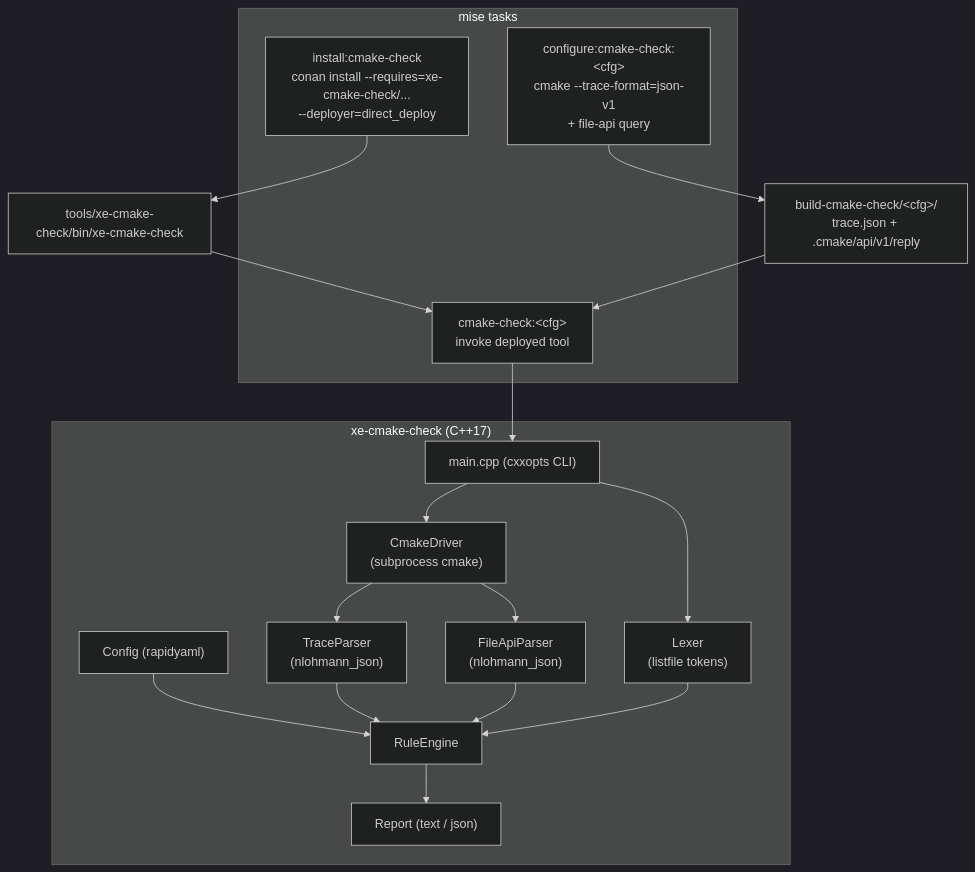
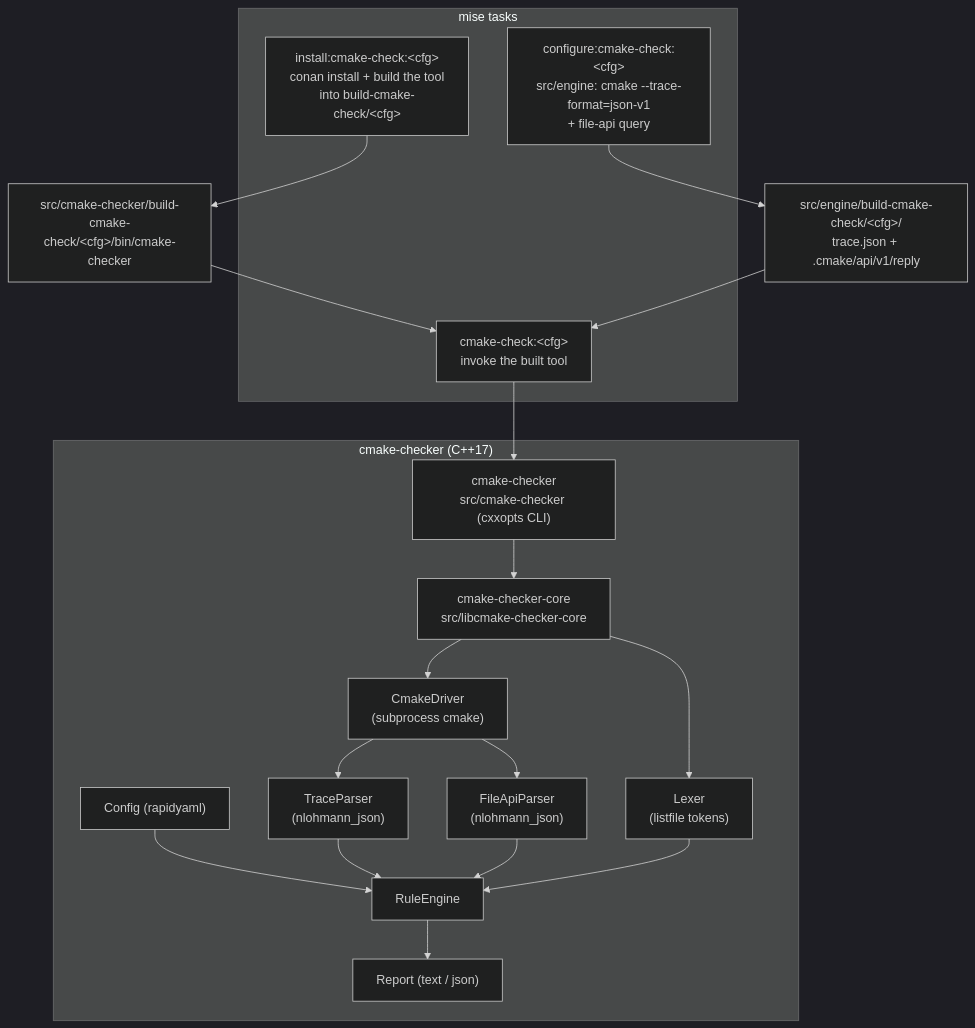
Before and after one commit to XenoideSoftware/Xenoide: the diagram in docs/plans/CMAKE_STYLE_CHECKER_PLAN.md, drawn with Mermaid (dark theme). The commit also changed other lines of this file, not shown here.

````diff
--- a/docs/plans/CMAKE_STYLE_CHECKER_PLAN.md
+++ b/docs/plans/CMAKE_STYLE_CHECKER_PLAN.md
@@ -76,34 +71,36 @@
 ```mermaid
 flowchart TB
     subgraph mise ["mise tasks"]
-        IC["install:cmake-check<br/>conan install --requires=xe-cmake-check/...<br/>--deployer=direct_deploy"]
-        CC["configure:cmake-check:&lt;cfg&gt;<br/>cmake --trace-format=json-v1<br/>+ file-api query"]
-        CK["cmake-check:&lt;cfg&gt;<br/>invoke deployed tool"]
+        IC["install:cmake-check:&lt;cfg&gt;<br/>conan install + build the tool<br/>into build-cmake-check/&lt;cfg&gt;"]
+        CC["configure:cmake-check:&lt;cfg&gt;<br/>src/engine: cmake --trace-format=json-v1<br/>+ file-api query"]
+        CK["cmake-check:&lt;cfg&gt;<br/>invoke the built tool"]
     end
 
-    subgraph tool ["xe-cmake-check (C++17)"]
-        CLI["main.cpp (cxxopts CLI)"]
+    subgraph tool ["cmake-checker (C++17)"]
+        CLI["cmake-checker<br/>src/cmake-checker (cxxopts CLI)"]
+        CORE["cmake-checker-core<br/>src/libcmake-checker-core"]
         DRV["CmakeDriver<br/>(subprocess cmake)"]
         TR["TraceParser<br/>(nlohmann_json)"]
         FA["FileApiParser<br/>(nlohmann_json)"]
         LX["Lexer<br/>(listfile tokens)"]
         RE["RuleEngine"]
         CFG["Config (rapidyaml)"]
         REP["Report (text / json)"]
     end
 
-    IC --> BIN["tools/xe-cmake-check/bin/xe-cmake-check"]
+    IC --> BIN["src/cmake-checker/build-cmake-check/&lt;cfg&gt;/bin/cmake-checker"]
     BIN --> CK
-    CC --> TREE["build-cmake-check/&lt;cfg&gt;/<br/>trace.json + .cmake/api/v1/reply"]
+    CC --> TREE["src/engine/build-cmake-check/&lt;cfg&gt;/<br/>trace.json + .cmake/api/v1/reply"]
     TREE --> CK
     CK --> CLI
-    CLI --> DRV
+    CLI --> CORE
+    CORE --> DRV
     DRV --> TR
     DRV --> FA
-    CLI --> LX
+    CORE --> LX
     CFG --> RE
     TR --> RE
     FA --> RE
     LX --> RE
     RE --> REP
 ```
````
